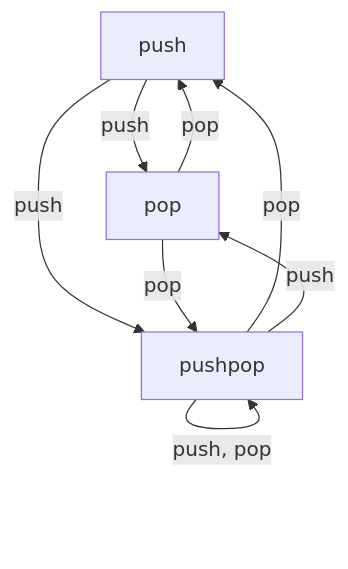
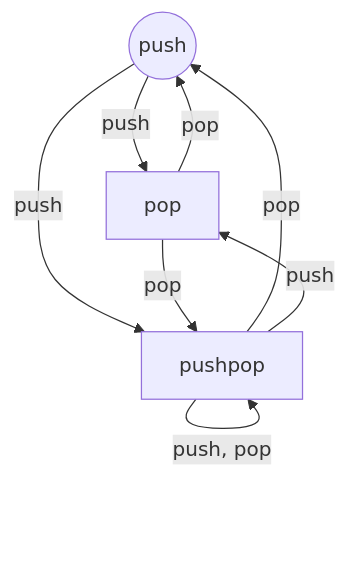
One commit to LeoMansini/stack_epa changed the diagram in readme.md. Above: the diagram before and after it, drawn with Mermaid. The commit also changed 1 other file, not shown here.

Commit message:
improvements on doc

````diff
--- a/readme.md
+++ b/readme.md
@@ -50,10 +50,10 @@
 ```mermaid
 graph TD;
-    push-->|push|pop;
-    push-->|push|pushpop;
+    push((push))-->|push|pop;
+    push((push))-->|push|pushpop;
     pop-->|pop|push;
     pop-->|pop|pushpop;
     pushpop-->|pop|push;
     pushpop-->|push|pop;
     pushpop-->|push, pop|pushpop;
 ```
````
